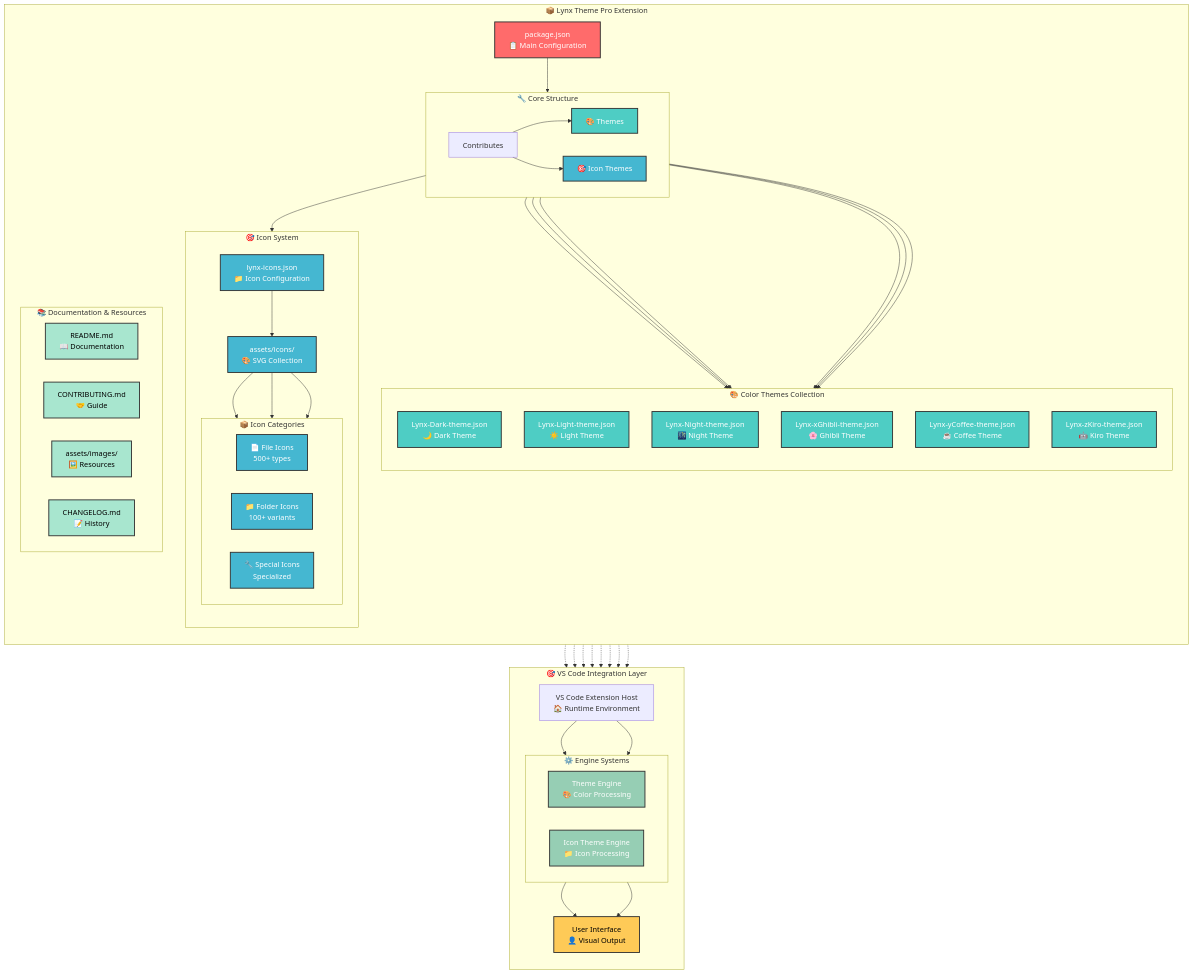
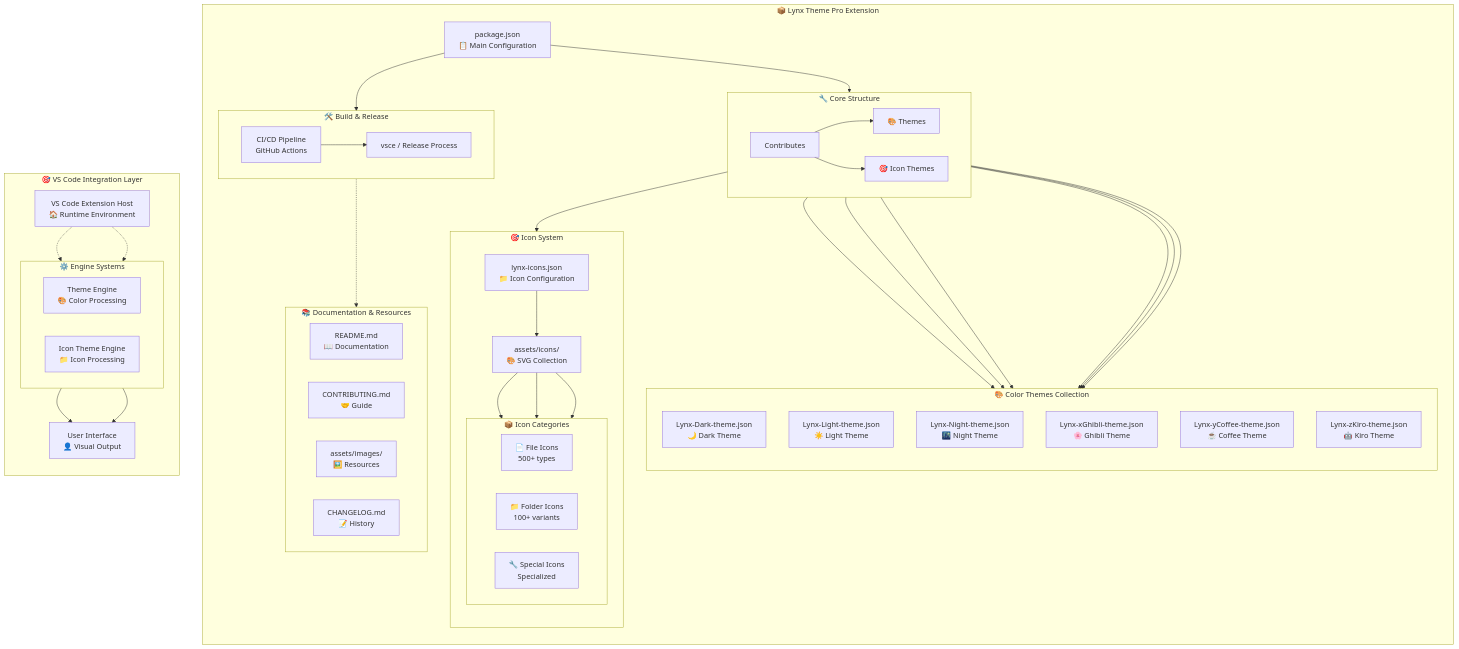
One commit to bastndev/Lynx-Theme-Pro changed the diagram in ARCHITECTURE.md. Above: the diagram before and after it, drawn with Mermaid.

Commit message:
🏗️ [CHANGE] Update architecture diagram to include Build & Release section and adjust connections for VS Code integration

````diff
--- a/ARCHITECTURE.md
+++ b/ARCHITECTURE.md
@@ -63,22 +63,27 @@
             R[assets/images/<br/>🖼️ Resources]
             S[CHANGELOG.md<br/>📝 History]
         end
+
+        subgraph "🛠️ Build & Release"
+            direction LR
+            T[CI/CD Pipeline<br/>GitHub Actions]
+            U[vsce / Release Process]
+        end
     end
     
     subgraph "🎯 VS Code Integration Layer"
         direction TB
-        T[VS Code Extension Host<br/>🏠 Runtime Environment]
+        V[VS Code Extension Host<br/>🏠 Runtime Environment]
         
         subgraph "⚙️ Engine Systems"
             direction LR
-            U[Theme Engine<br/>🎨 Color Processing]
-            V[Icon Theme Engine<br/>📁 Icon Processing]
+            W[Theme Engine<br/>🎨 Color Processing]
+            X[Icon Theme Engine<br/>📁 Icon Processing]
         end
         
-        W[User Interface<br/>👤 Visual Output]
+        Y[User Interface<br/>👤 Visual Output]
     end
     
-    %% Main connections
     A --> B
     C --> E
     C --> F
@@ -91,34 +96,11 @@
     L --> M
     L --> N
     L --> O
-    
-    %% Integration connections
-    A -.-> T
-    E -.-> U
-    F -.-> U
-    G -.-> U
-    H -.-> U
-    I -.-> U
-    J -.-> U
-    K -.-> V
-    U --> W
-    V --> W
+    A --> T
     T --> U
-    T --> V
-    
-    %% Styling
-    classDef mainConfig fill:#ff6b6b,stroke:#333,stroke-width:2px,color:#fff
-    classDef themes fill:#4ecdc4,stroke:#333,stroke-width:2px,color:#fff
-    classDef icons fill:#45b7d1,stroke:#333,stroke-width:2px,color:#fff
-    classDef engine fill:#96ceb4,stroke:#333,stroke-width:2px,color:#fff
-    classDef output fill:#feca57,stroke:#333,stroke-width:2px,color:#000
-    classDef docs fill:#a8e6cf,stroke:#333,stroke-width:2px,color:#000
-    
-    class A mainConfig
-    class C,E,F,G,H,I,J themes
-    class D,K,L,M,N,O icons
-    class U,V engine
-    class W output
-    class P,Q,R,S docs
-
+    U -.-> S
+    V -.-> W
+    V -.-> X
+    W --> Y
+    X --> Y
 ```
````
